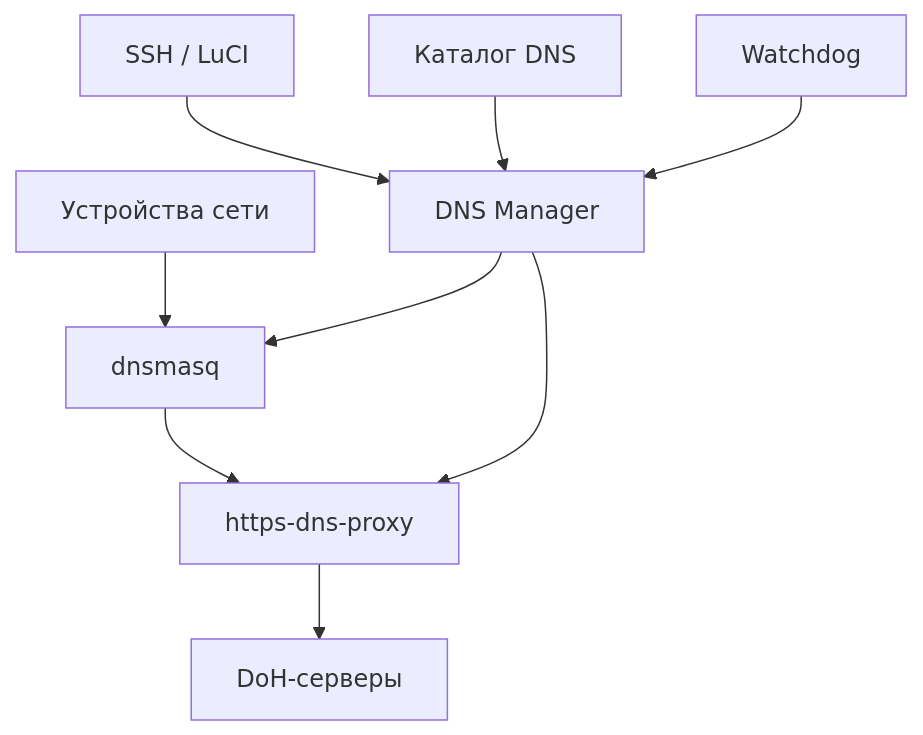
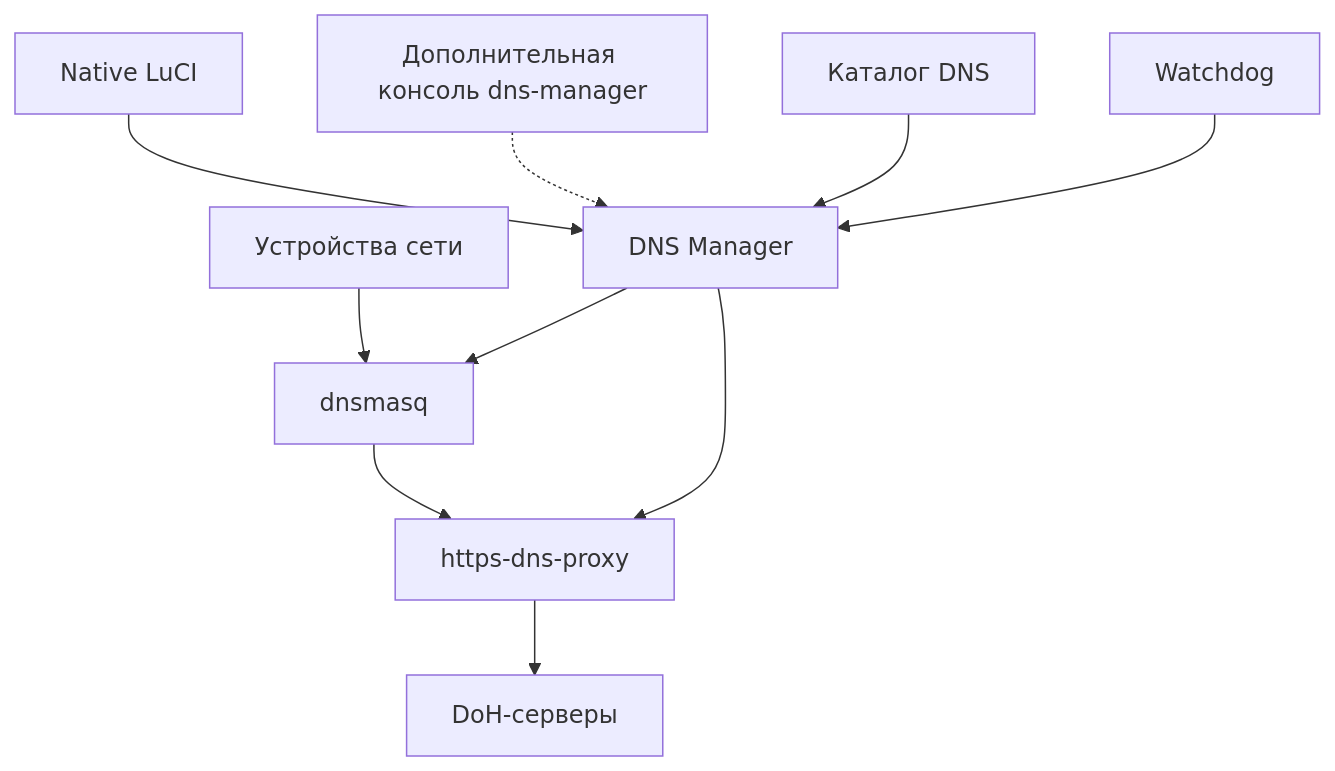
The first of 2 diagrams in README.md (PoTuStoronu222/DNS-Manager), drawn with Mermaid before and after one commit. The commit also changed other lines of this file and 3 other files, not shown here.

```diff
--- a/README.md
+++ b/README.md
@@ -85,12 +85,13 @@
 ~~~mermaid
 flowchart TB
     U["Устройства сети"] --> D["dnsmasq"]
     D --> H["https-dns-proxy"]
     H --> S["DoH-серверы"]
 
-    L["SSH / LuCI"] --> M["DNS Manager"]
+    L["Native LuCI"] --> M["DNS Manager"]
+    CLI["Дополнительная консоль dns-manager"] -.-> M
     C["Каталог DNS"] --> M
     W["Watchdog"] --> M
     M --> D
     M --> H
 ~~~
```
